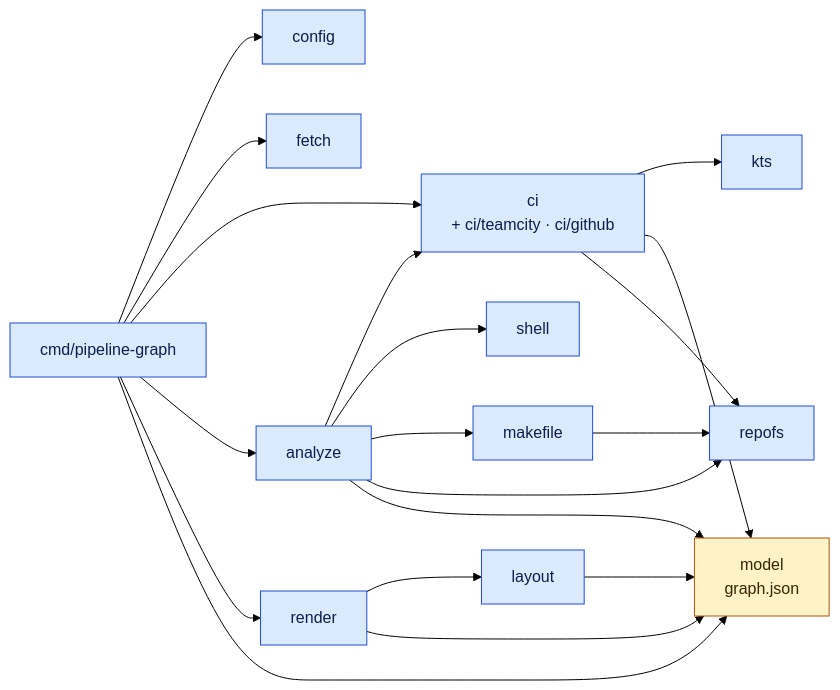
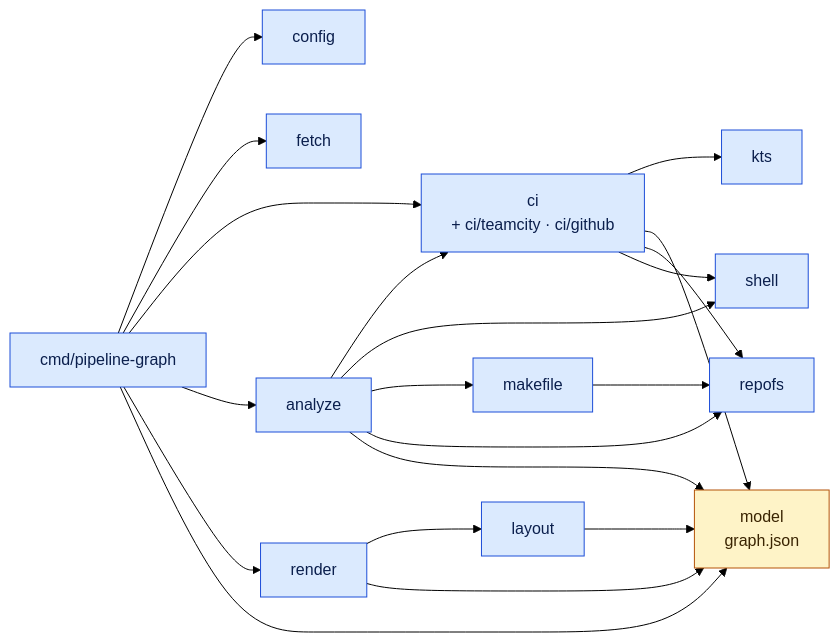
The third of 4 diagrams in docs/architecture/cli.md (Avicted/tools.pipeline-graph), drawn with Mermaid (forest theme) before and after one commit. The commit also changed other lines of this file and 7 other files, not shown here.

````diff
--- a/docs/architecture/cli.md
+++ b/docs/architecture/cli.md
@@ -86,40 +86,41 @@
 ```mermaid
 %% view: cli-packages
 flowchart LR
     cmd["cmd/pipeline-graph"]
     config["config"]
     fetch["fetch"]
     ci["ci<br/>+ ci/teamcity · ci/github"]
     kts["kts"]
     analyze["analyze"]
     shell["shell"]
     makefile["makefile"]
     repofs["repofs"]
     render["render"]
     layout["layout"]
     model["model<br/>graph.json"]
 
     cmd --> config
     cmd --> fetch
     cmd --> ci
     cmd --> analyze
     cmd --> render
     cmd --> model
     ci --> kts
     ci --> model
     ci --> repofs
+    ci --> shell
     analyze --> ci
     analyze --> shell
     analyze --> makefile
     analyze --> repofs
     analyze --> model
     makefile --> repofs
     render --> layout
     render --> model
     layout --> model
 
     classDef go fill:#dbeafe,stroke:#1d4ed8,color:#0b1f4d
     classDef data fill:#fef3c7,stroke:#b45309,color:#3a2402
     class cmd,config,fetch,ci,kts,analyze,shell,makefile,repofs,render,layout go
     class model data
 ```
````
